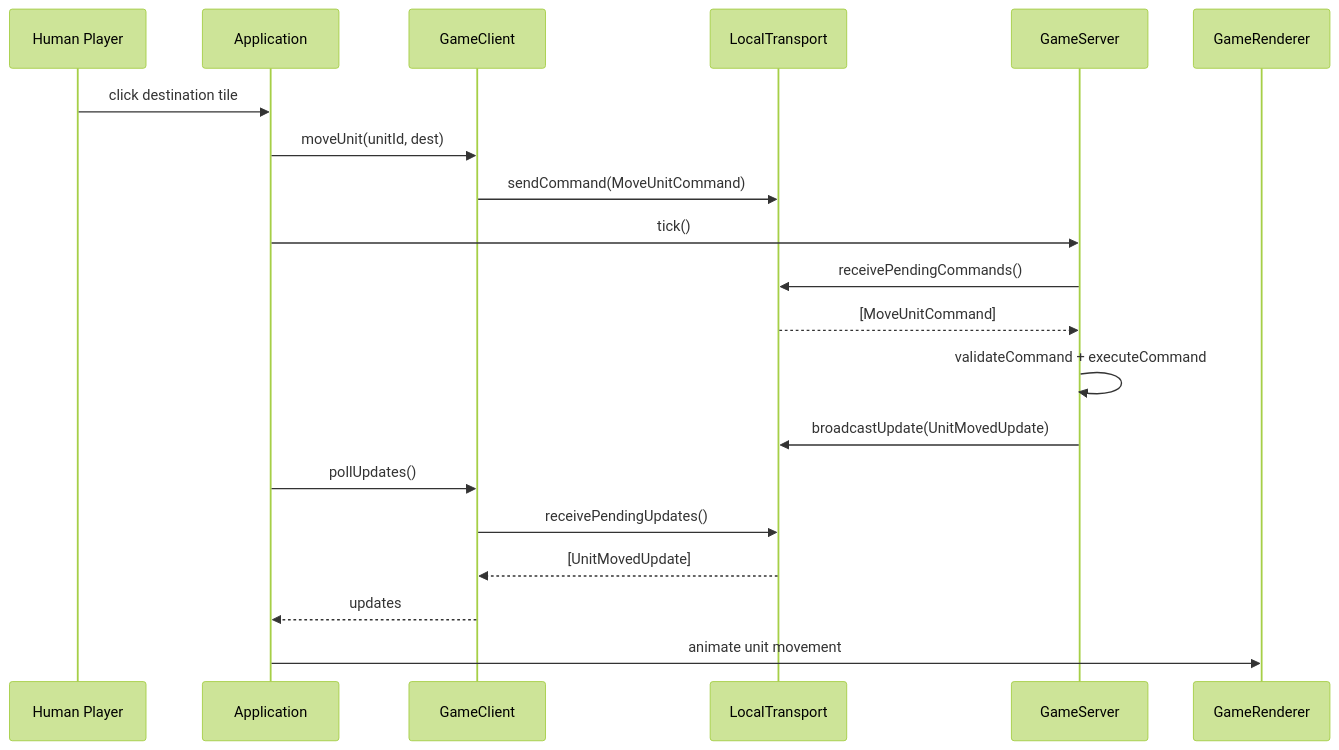
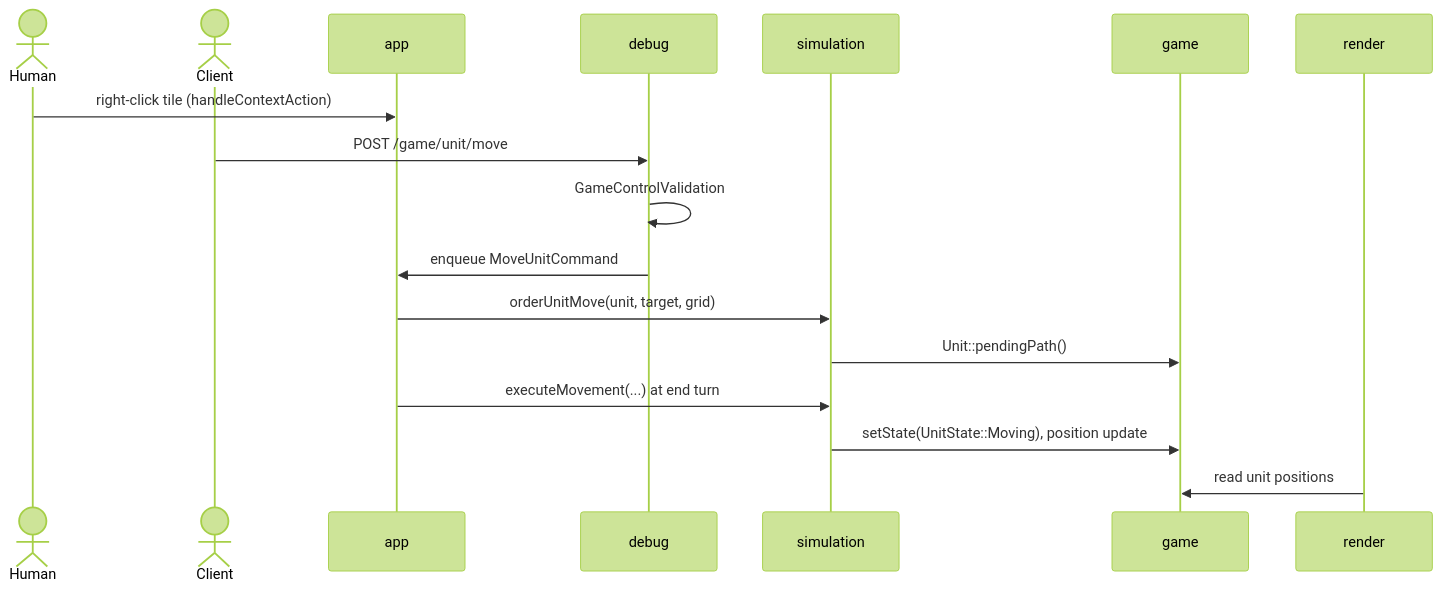
The third of 5 diagrams in docs/architecture/interactions.md (NiklasDietz/age_of_civ), drawn with Mermaid (forest theme) before and after one commit. The commit also changed other lines of this file and 20 other files, not shown here.

First line of the commit message:
docs: refresh the architecture tree to 90fb00e

````diff
--- a/docs/architecture/interactions.md
+++ b/docs/architecture/interactions.md
@@ -83,23 +102,20 @@
 ```mermaid
 sequenceDiagram
-  participant human as Human Player
-  participant app as Application
-  participant cli as GameClient
-  participant tr as LocalTransport
-  participant srv as GameServer
-  participant rnd as GameRenderer
+  actor Human
+  actor Client
+  participant app
+  participant debug
+  participant simulation
+  participant game
+  participant render
 
-  human->>app: click destination tile
-  app->>cli: moveUnit(unitId, dest)
-  cli->>tr: sendCommand(MoveUnitCommand)
-  app->>srv: tick()
-  srv->>tr: receivePendingCommands()
-  tr-->>srv: [MoveUnitCommand]
-  srv->>srv: validateCommand + executeCommand
-  srv->>tr: broadcastUpdate(UnitMovedUpdate)
-  app->>cli: pollUpdates()
-  cli->>tr: receivePendingUpdates()
-  tr-->>cli: [UnitMovedUpdate]
-  cli-->>app: updates
-  app->>rnd: animate unit movement
+  Human->>app: right-click tile (handleContextAction)
+  Client->>debug: POST /game/unit/move
+  debug->>debug: GameControlValidation
+  debug->>app: enqueue MoveUnitCommand
+  app->>simulation: orderUnitMove(unit, target, grid)
+  simulation->>game: Unit::pendingPath()
+  app->>simulation: executeMovement(...) at end turn
+  simulation->>game: setState(UnitState::Moving), position update
+  render->>game: read unit positions
 ```
````
